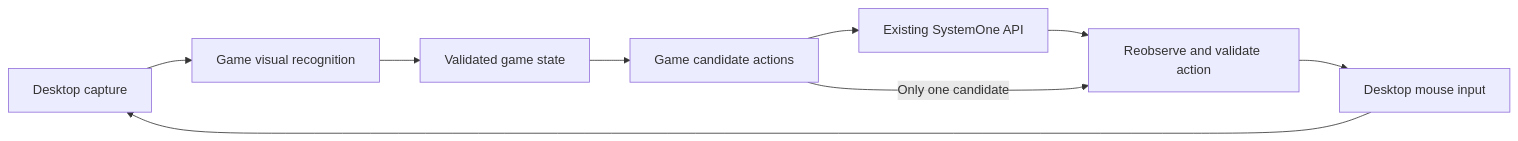
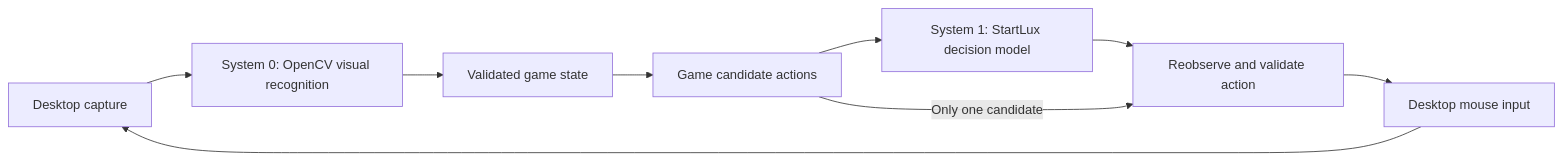
One commit to Elykdez/SystemX changed the diagram in docs/desktop-visual-player-design.md. Above: the diagram before and after it, drawn with Mermaid. The commit also changed other lines of this file and 327 other files, not shown here.

````diff
--- a/docs/desktop-visual-player-design.md
+++ b/docs/desktop-visual-player-design.md
@@ -20,11 +26,11 @@
 ```mermaid
 flowchart LR
-    Capture[Desktop capture] --> Vision[Game visual recognition]
+    Capture[Desktop capture] --> Vision[System 0: OpenCV visual recognition]
     Vision --> State[Validated game state]
     State --> Rules[Game candidate actions]
-    Rules --> Von[Existing SystemOne API]
-    Von --> Check[Reobserve and validate action]
+    Rules --> S1[System 1: StartLux decision model]
+    S1 --> Check[Reobserve and validate action]
     Rules -->|Only one candidate| Check
     Check --> Input[Desktop mouse input]
     Input --> Capture
 ```
````
